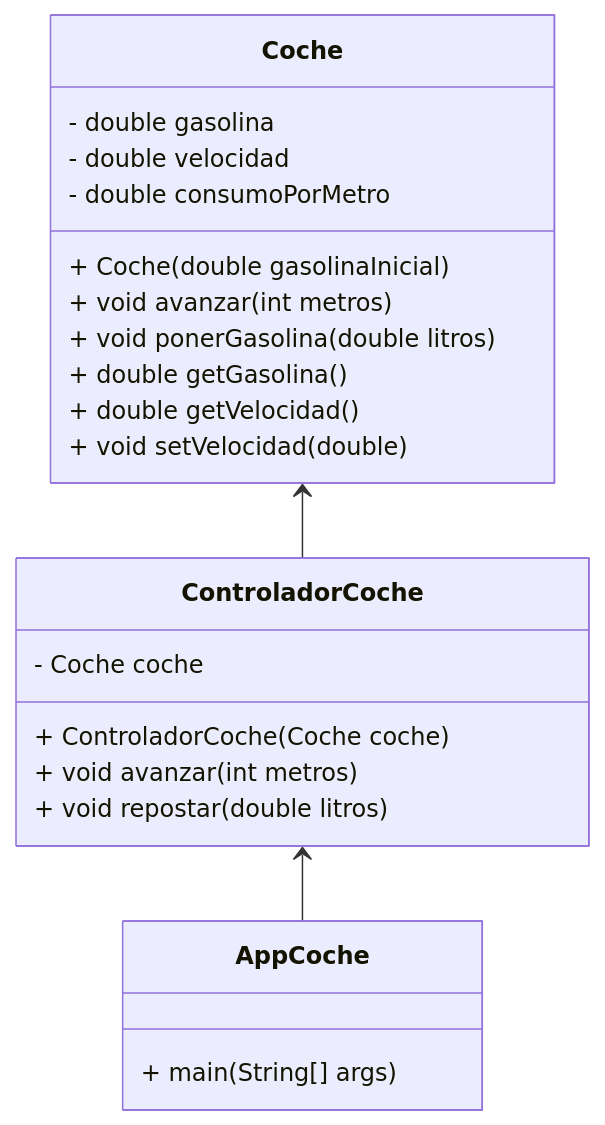
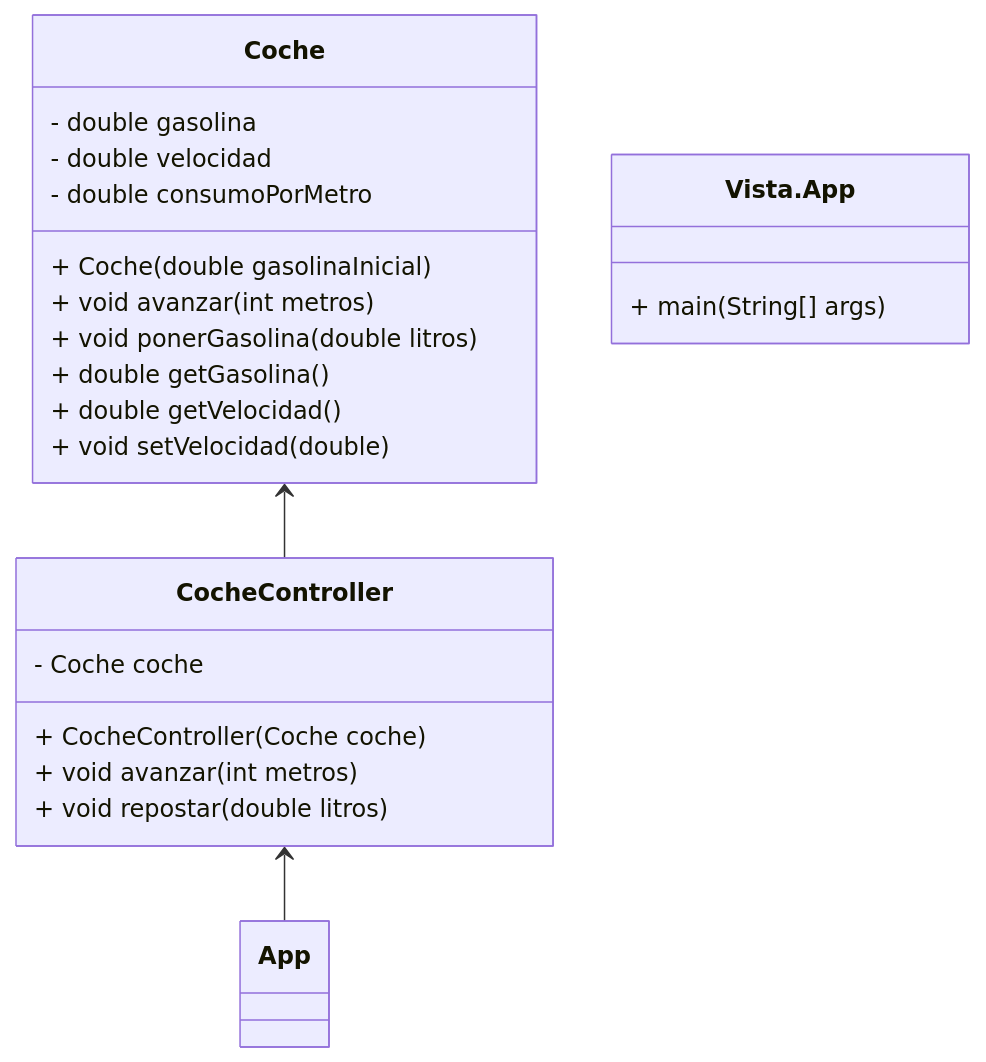
The third of 5 diagrams in Readme.md (frannprego/MVC_coches), drawn with Mermaid before and after one commit. The commit also changed other lines of this file, not shown here.

````diff
--- a/Readme.md
+++ b/Readme.md
@@ -222,29 +222,29 @@
 ```mermaid
 classDiagram
     class Coche {
         - double gasolina
         - double velocidad
         - double consumoPorMetro
         + Coche(double gasolinaInicial)
         + void avanzar(int metros)
         + void ponerGasolina(double litros)
         + double getGasolina()
         + double getVelocidad()
         + void setVelocidad(double)
     }
 
-    class ControladorCoche {
+    class CocheController {
         - Coche coche
-        + ControladorCoche(Coche coche)
+        + CocheController(Coche coche)
         + void avanzar(int metros)
         + void repostar(double litros)
     }
 
-    class AppCoche {
+    class Vista.App {
         + main(String[] args)
     }
 
-    Coche <-- ControladorCoche
-    ControladorCoche <-- AppCoche
+    Coche <-- CocheController
+    CocheController <-- App
 
 ```
````
